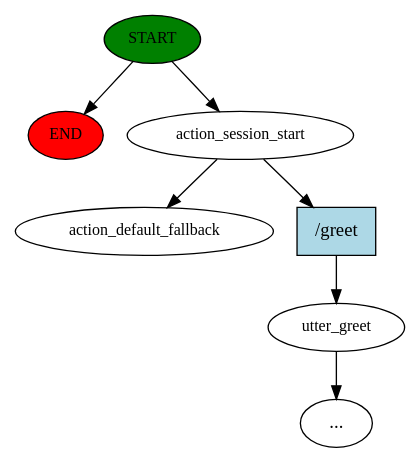
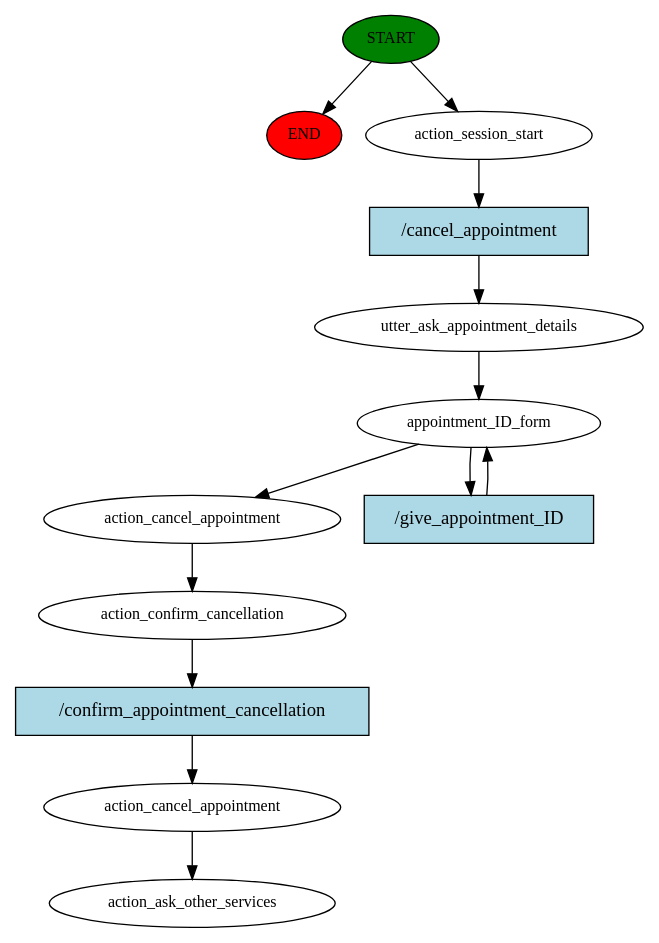
Before and after one commit to RuwanUdayanga/Chatbot3.0: the diagram in story_graph.dot, drawn with Graphviz. The commit also changed 14 other files, not shown here.

```diff
--- a/story_graph.dot
+++ b/story_graph.dot
@@ -1,15 +1,26 @@
 digraph  {
 0 [class="start active", fillcolor=green, fontsize=12, label=START, style=filled];
 "-1" [class=end, fillcolor=red, fontsize=12, label=END, style=filled];
 1 [class=active, fontsize=12, label=action_session_start];
-2 [class="", fontsize=12, label=utter_greet];
-"-3" [class=ellipsis, label="..."];
-4 [class="dashed active", fontsize=12, label=action_default_fallback];
-5 [class=intent, fillcolor=lightblue, label="/greet", shape=rect, style=filled];
+2 [class=active, fontsize=12, label=utter_ask_appointment_details];
+3 [class=active, fontsize=12, label=appointment_ID_form];
+5 [class=active, fontsize=12, label=action_cancel_appointment];
+6 [class=active, fontsize=12, label=action_confirm_cancellation];
+7 [class=active, fontsize=12, label=action_cancel_appointment];
+8 [class="dashed active", fontsize=12, label=action_ask_other_services];
+9 [class="intent active", fillcolor=lightblue, label="/cancel_appointment", shape=rect, style=filled];
+10 [class="intent active", fillcolor=lightblue, label="/give_appointment_ID", shape=rect, style=filled];
+11 [class="intent active", fillcolor=lightblue, label="/confirm_appointment_cancellation", shape=rect, style=filled];
 0 -> "-1"  [class="", key=NONE, label=""];
 0 -> 1  [class=active, key=NONE, label=""];
-1 -> 4  [class=active, key=NONE, label=""];
-1 -> 5  [class="", key=0];
-2 -> "-3"  [class="", key=NONE, label=""];
-5 -> 2  [class="", key=0];
+1 -> 9  [class=active, key=0];
+2 -> 3  [class=active, key=NONE, label=""];
+3 -> 5  [class=active, key=NONE, label=""];
+3 -> 10  [class=active, key=0];
+5 -> 6  [class=active, key=NONE, label=""];
+6 -> 11  [class=active, key=0];
+7 -> 8  [class=active, key=NONE, label=""];
+9 -> 2  [class=active, key=0];
+10 -> 3  [class=active, key=0];
+11 -> 7  [class=active, key=0];
 }
```
